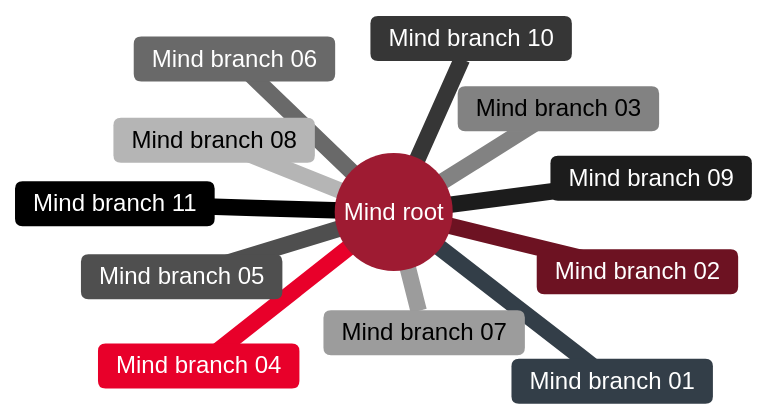
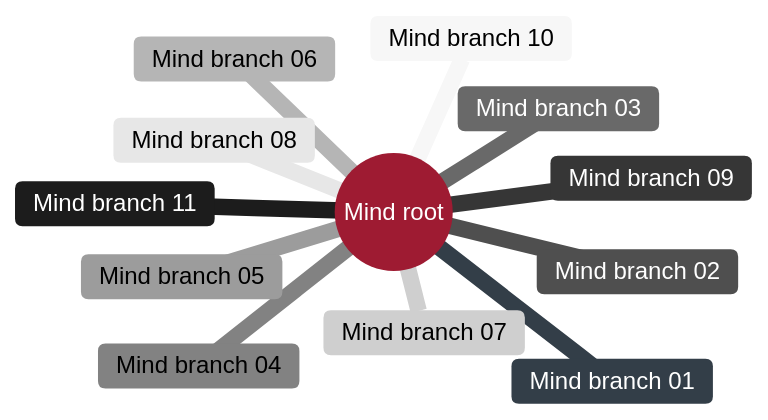
Before and after one commit to gvillarroel/skills: the diagram in skills/mermaid/assets/examples/mermaid-max-complexity/source/colorset1/mindmap.mmd, drawn with Mermaid. The commit also changed 428 other files, not shown here.

```diff
--- a/skills/mermaid/assets/examples/mermaid-max-complexity/source/colorset1/mindmap.mmd
+++ b/skills/mermaid/assets/examples/mermaid-max-complexity/source/colorset1/mindmap.mmd
@@ -1,89 +1,89 @@
 ---
 # mermaid: config begin
 config:
   theme: "base"
   themeVariables:
     THEME_COLOR_LIMIT: 12
     background: "#ffffff"
     primaryColor: "#9e1b32"
     primaryTextColor: "#ffffff"
     primaryBorderColor: "#9e1b32"
     secondaryColor: "#333e48"
     secondaryTextColor: "#ffffff"
     secondaryBorderColor: "#333e48"
-    tertiaryColor: "#6d1222"
+    tertiaryColor: "#4f4f4f"
     tertiaryTextColor: "#ffffff"
-    tertiaryBorderColor: "#6d1222"
+    tertiaryBorderColor: "#4f4f4f"
     lineColor: "#696969"
     textColor: "#333e48"
     mainBkg: "#9e1b32"
     nodeBkg: "#9e1b32"
     nodeBorder: "#9e1b32"
     clusterBkg: "#e7e7e7"
     clusterBorder: "#9c9c9c"
     defaultLinkColor: "#696969"
     edgeLabelBackground: "#ffffff"
     labelColor: "#ffffff"
     titleColor: "#333e48"
     git0: "#9e1b32"
     gitBranchLabel0: "#ffffff"
     cScale0: "#9e1b32"
     cScale1: "#333e48"
-    cScale2: "#6d1222"
-    cScale3: "#828282"
-    cScale4: "#e8002a"
-    cScale5: "#4f4f4f"
-    cScale6: "#696969"
-    cScale7: "#9c9c9c"
-    cScale8: "#b5b5b5"
-    cScale9: "#1c1c1c"
-    cScale10: "#363636"
-    cScale11: "#000000"
+    cScale2: "#4f4f4f"
+    cScale3: "#696969"
+    cScale4: "#828282"
+    cScale5: "#9c9c9c"
+    cScale6: "#b5b5b5"
+    cScale7: "#cfcfcf"
+    cScale8: "#e7e7e7"
+    cScale9: "#363636"
+    cScale10: "#f7f7f7"
+    cScale11: "#1c1c1c"
     cScaleLabel0: "#ffffff"
     cScaleLabel1: "#ffffff"
     cScaleLabel2: "#ffffff"
-    cScaleLabel3: "#000000"
-    cScaleLabel4: "#ffffff"
-    cScaleLabel5: "#ffffff"
-    cScaleLabel6: "#ffffff"
+    cScaleLabel3: "#ffffff"
+    cScaleLabel4: "#000000"
+    cScaleLabel5: "#000000"
+    cScaleLabel6: "#000000"
     cScaleLabel7: "#000000"
     cScaleLabel8: "#000000"
     cScaleLabel9: "#ffffff"
-    cScaleLabel10: "#ffffff"
+    cScaleLabel10: "#000000"
     cScaleLabel11: "#ffffff"
     cScaleInv0: "#ffffff"
     cScaleInv1: "#ffffff"
     cScaleInv2: "#ffffff"
-    cScaleInv3: "#000000"
-    cScaleInv4: "#ffffff"
-    cScaleInv5: "#ffffff"
-    cScaleInv6: "#ffffff"
+    cScaleInv3: "#ffffff"
+    cScaleInv4: "#000000"
+    cScaleInv5: "#000000"
+    cScaleInv6: "#000000"
     cScaleInv7: "#000000"
     cScaleInv8: "#000000"
     cScaleInv9: "#ffffff"
-    cScaleInv10: "#ffffff"
+    cScaleInv10: "#000000"
     cScaleInv11: "#ffffff"
   themeCSS: ".node > rect, .node > circle, .node > ellipse, .node > polygon, .node > path, rect.actor, .note, .task, .task0, .task1, .task2, .task3 { stroke-width: 0 !important; }"
   mindmap:
     padding: 6
 # mermaid: config end
 # mermaid: metadata begin
 mermaid:
   colorset: "colorset1"
   mode: "standard"
   palette: "basic-red-neutral-style"
 # mermaid: metadata end
 ---
 mindmap
   root((Mind root))
     Mind branch 01
     Mind branch 02
     Mind branch 03
     Mind branch 04
     Mind branch 05
     Mind branch 06
     Mind branch 07
     Mind branch 08
     Mind branch 09
     Mind branch 10
     Mind branch 11
```
